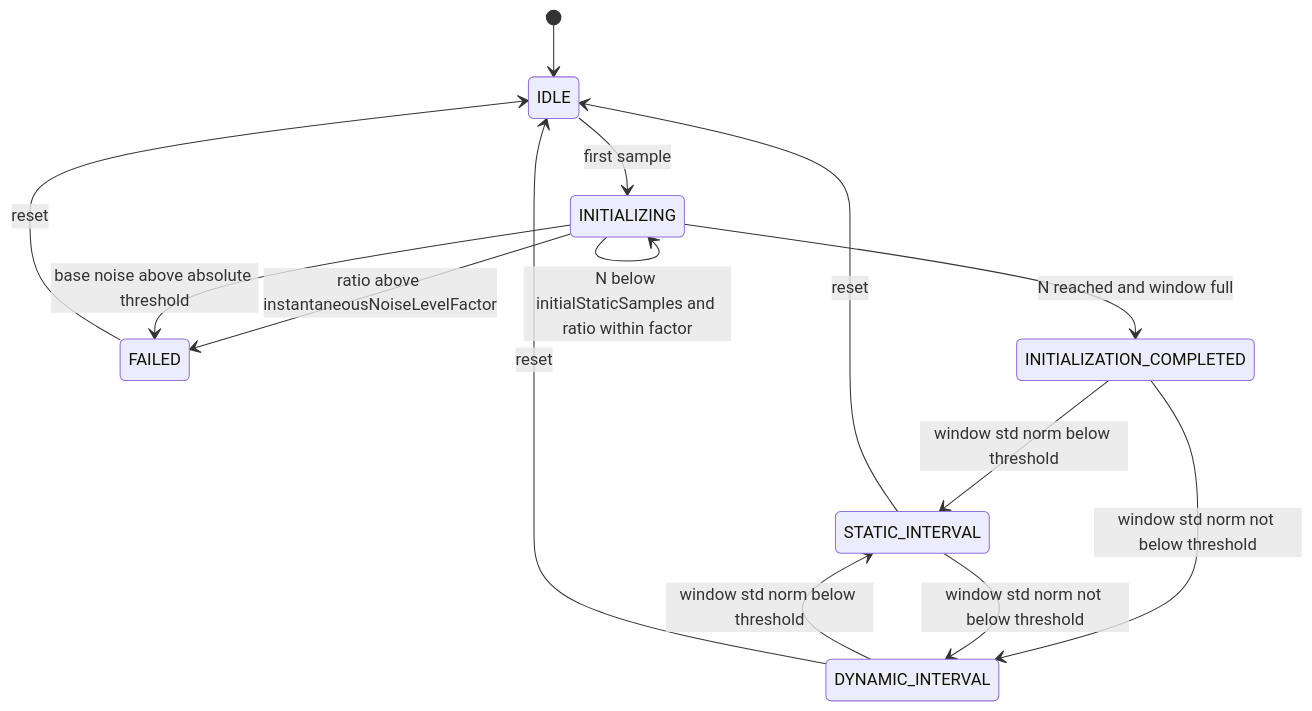
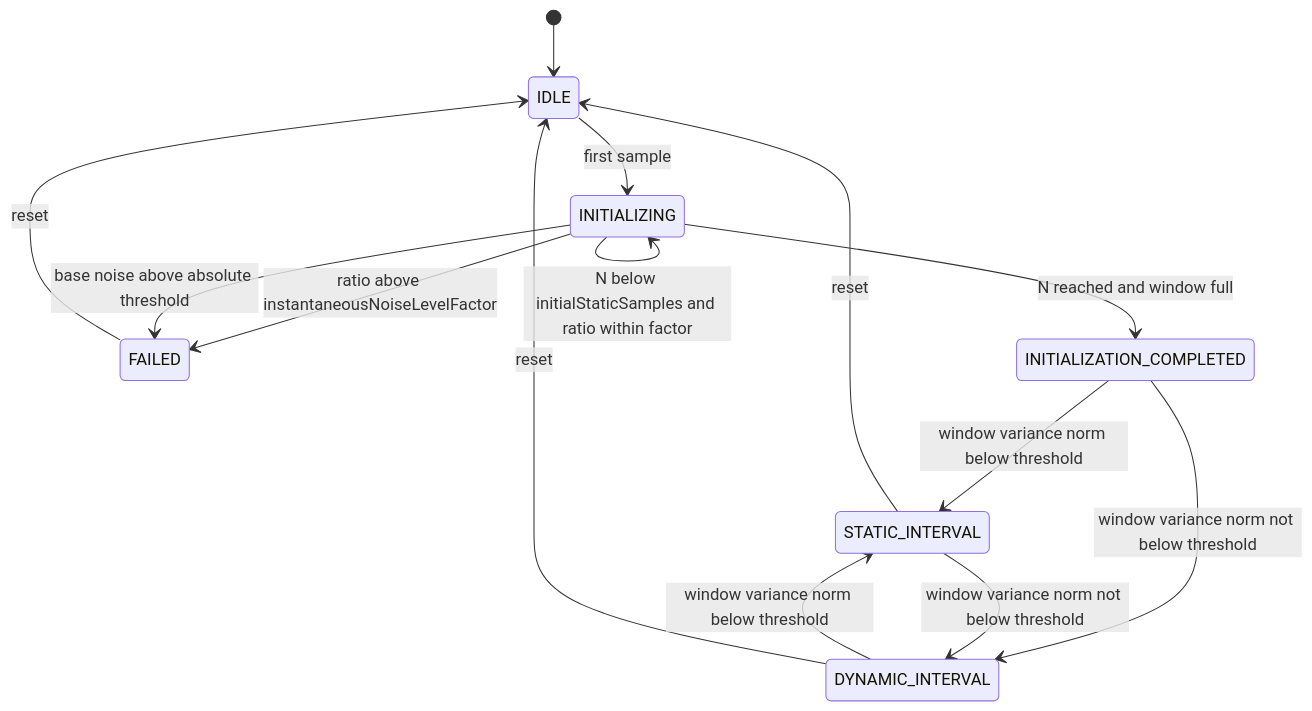
One commit to albertoirurueta/irurueta-navigation-inertial changed the second of 3 diagrams in docs/modules/ROOT/pages/calibration/intervals-and-generators.adoc. Above: the diagram before and after it, drawn with Mermaid. The commit also changed other lines of this file and 160 other files, not shown here.

```diff
--- a/docs/modules/ROOT/pages/calibration/intervals-and-generators.adoc
+++ b/docs/modules/ROOT/pages/calibration/intervals-and-generators.adoc
@@ -116,17 +130,17 @@
 [mermaid]
 ....
 stateDiagram-v2
     [*] --> IDLE
     IDLE --> INITIALIZING : first sample
     INITIALIZING --> INITIALIZING : N below initialStaticSamples and ratio within factor
     INITIALIZING --> FAILED : ratio above instantaneousNoiseLevelFactor
     INITIALIZING --> FAILED : base noise above absolute threshold
     INITIALIZING --> INITIALIZATION_COMPLETED : N reached and window full
-    INITIALIZATION_COMPLETED --> STATIC_INTERVAL : window std norm below threshold
-    INITIALIZATION_COMPLETED --> DYNAMIC_INTERVAL : window std norm not below threshold
-    STATIC_INTERVAL --> DYNAMIC_INTERVAL : window std norm not below threshold
-    DYNAMIC_INTERVAL --> STATIC_INTERVAL : window std norm below threshold
+    INITIALIZATION_COMPLETED --> STATIC_INTERVAL : window variance norm below threshold
+    INITIALIZATION_COMPLETED --> DYNAMIC_INTERVAL : window variance norm not below threshold
+    STATIC_INTERVAL --> DYNAMIC_INTERVAL : window variance norm not below threshold
+    DYNAMIC_INTERVAL --> STATIC_INTERVAL : window variance norm below threshold
     FAILED --> IDLE : reset
     STATIC_INTERVAL --> IDLE : reset
     DYNAMIC_INTERVAL --> IDLE : reset
 ....
```
